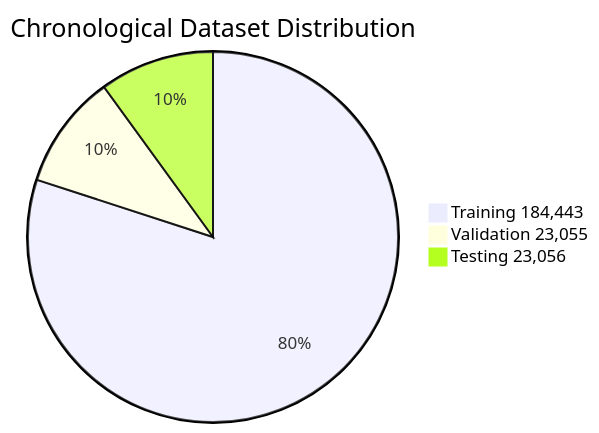
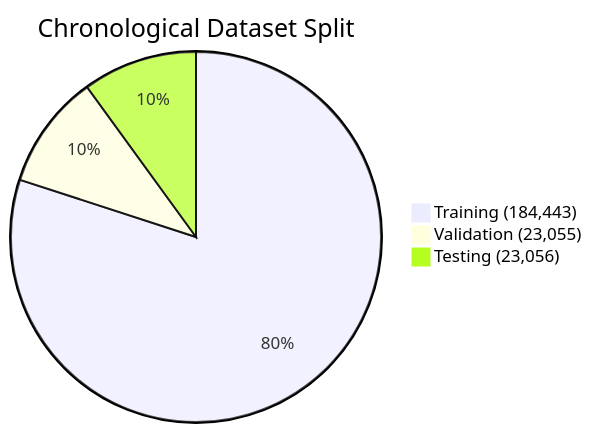
The first of 8 diagrams in Match_Prediction_Intelligence.md (sai-ganesh-4539/StatVault), drawn with Mermaid before and after one commit. The commit also changed other lines of this file, not shown here.

````diff
--- a/Match_Prediction_Intelligence.md
+++ b/Match_Prediction_Intelligence.md
@@ -103,7 +69,7 @@
 ```mermaid
-pie title Chronological Dataset Distribution
+pie title Chronological Dataset Split
 
-"Training 184,443" : 184443
-"Validation 23,055" : 23055
-"Testing 23,056" : 23056
+"Training (184,443)" : 184443
+"Validation (23,055)" : 23055
+"Testing (23,056)" : 23056
 ```
````
